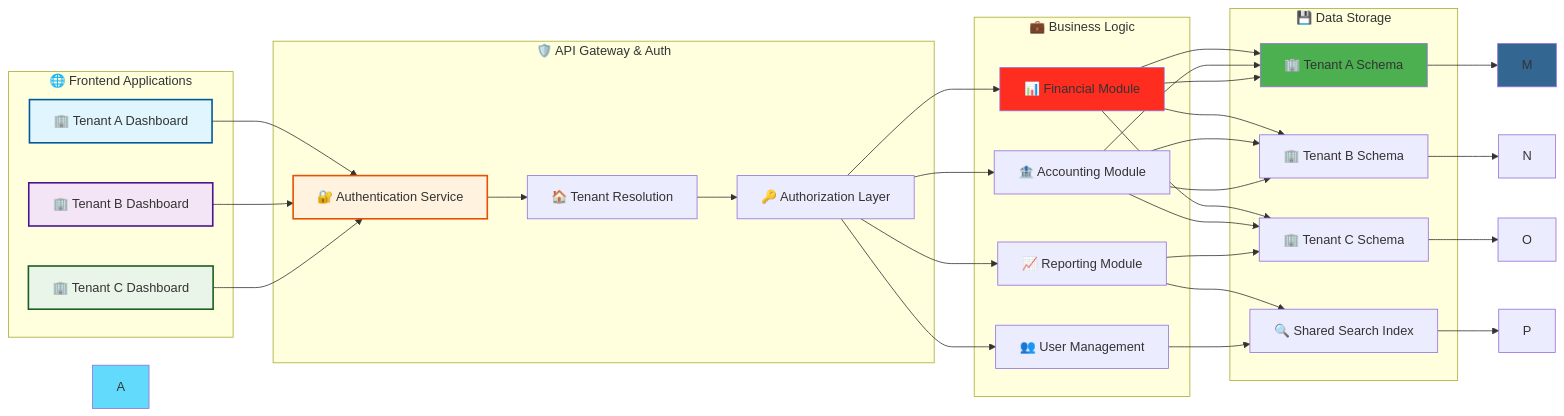
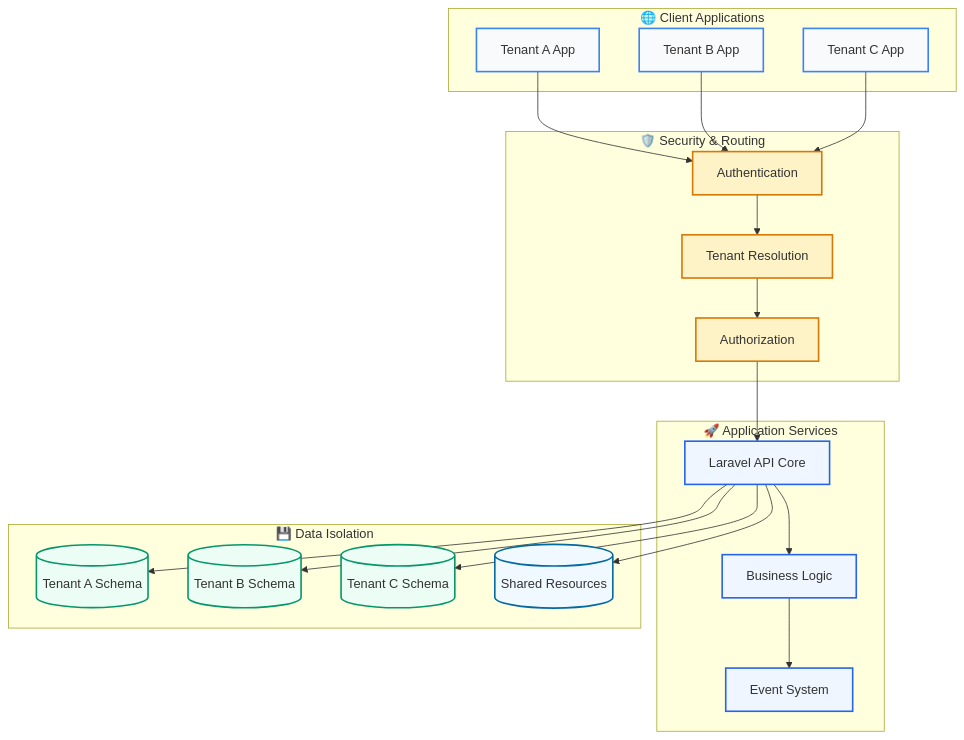
Before and after one commit to abdoElHodaky/larvaccountplatfo: the sixth of 6 diagrams in README.md, drawn with Mermaid. The commit also changed other lines of this file and 2 other files, not shown here.

````diff
--- a/README.md
+++ b/README.md
@@ -251,65 +333,60 @@
 ```mermaid
-graph LR
-    subgraph "🌐 Frontend Applications"
-        A1[🏢 Tenant A Dashboard]
-        A2[🏢 Tenant B Dashboard]
-        A3[🏢 Tenant C Dashboard]
+graph TB
+    subgraph "🌐 Client Applications"
+        T1[Tenant A App]
+        T2[Tenant B App]
+        T3[Tenant C App]
     end
     
-    subgraph "🛡️ API Gateway & Auth"
-        B[🔐 Authentication Service]
-        C[🏠 Tenant Resolution]
-        D[🔑 Authorization Layer]
+    subgraph "🛡️ Security & Routing"
+        AUTH[Authentication]
+        TENANT[Tenant Resolution]
+        AUTHZ[Authorization]
     end
     
-    subgraph "💼 Business Logic"
-        E[📊 Financial Module]
-        F[🏦 Accounting Module]
-        G[📈 Reporting Module]
-        H[👥 User Management]
+    subgraph "🚀 Application Services"
+        API[Laravel API Core]
+        BUSINESS[Business Logic]
+        EVENTS[Event System]
     end
     
-    subgraph "💾 Data Storage"
-        I[🏢 Tenant A Schema]
-        J[🏢 Tenant B Schema]
-        K[🏢 Tenant C Schema]
-        L[🔍 Shared Search Index]
+    subgraph "💾 Data Isolation"
+        DB1[(Tenant A Schema)]
+        DB2[(Tenant B Schema)]
+        DB3[(Tenant C Schema)]
+        SHARED[(Shared Resources)]
     end
     
-    A1 --> B
-    A2 --> B
-    A3 --> B
-    B --> C
-    C --> D
-    D --> E
-    D --> F
-    D --> G
-    D --> H
-    E --> I
-    E --> J
-    E --> K
-    F --> I
-    F --> J
-    F --> K
-    G --> L
+    T1 --> AUTH
+    T2 --> AUTH
+    T3 --> AUTH
     
-    style A1 fill:#e1f5fe,stroke:#01579b,stroke-width:2px
-    style A2 fill:#f3e5f5,stroke:#4a148c,stroke-width:2px
-    style A3 fill:#e8f5e8,stroke:#1b5e20,stroke-width:2px
-    style B fill:#fff3e0,stroke:#e65100,stroke-width:2px
+    AUTH --> TENANT
+    TENANT --> AUTHZ
+    AUTHZ --> API
     
-    E --> I
-    F --> J
-    G --> K
-    H --> L
+    API --> BUSINESS
+    BUSINESS --> EVENTS
     
-    I --> M
-    J --> N
-    K --> O
-    L --> P
+    API --> DB1
+    API --> DB2
+    API --> DB3
+    API --> SHARED
     
-    style A fill:#61dafb
-    style E fill:#ff2d20
-    style I fill:#4caf50
-    style M fill:#336791
+    style T1 fill:#f8fafc,stroke:#3b82f6,stroke-width:2px
+    style T2 fill:#f8fafc,stroke:#3b82f6,stroke-width:2px
+    style T3 fill:#f8fafc,stroke:#3b82f6,stroke-width:2px
+    
+    style AUTH fill:#fef3c7,stroke:#d97706,stroke-width:2px
+    style TENANT fill:#fef3c7,stroke:#d97706,stroke-width:2px
+    style AUTHZ fill:#fef3c7,stroke:#d97706,stroke-width:2px
+    
+    style API fill:#eff6ff,stroke:#2563eb,stroke-width:2px
+    style BUSINESS fill:#eff6ff,stroke:#2563eb,stroke-width:2px
+    style EVENTS fill:#eff6ff,stroke:#2563eb,stroke-width:2px
+    
+    style DB1 fill:#ecfdf5,stroke:#059669,stroke-width:2px
+    style DB2 fill:#ecfdf5,stroke:#059669,stroke-width:2px
+    style DB3 fill:#ecfdf5,stroke:#059669,stroke-width:2px
+    style SHARED fill:#f0f9ff,stroke:#0369a1,stroke-width:2px
 ```
````
